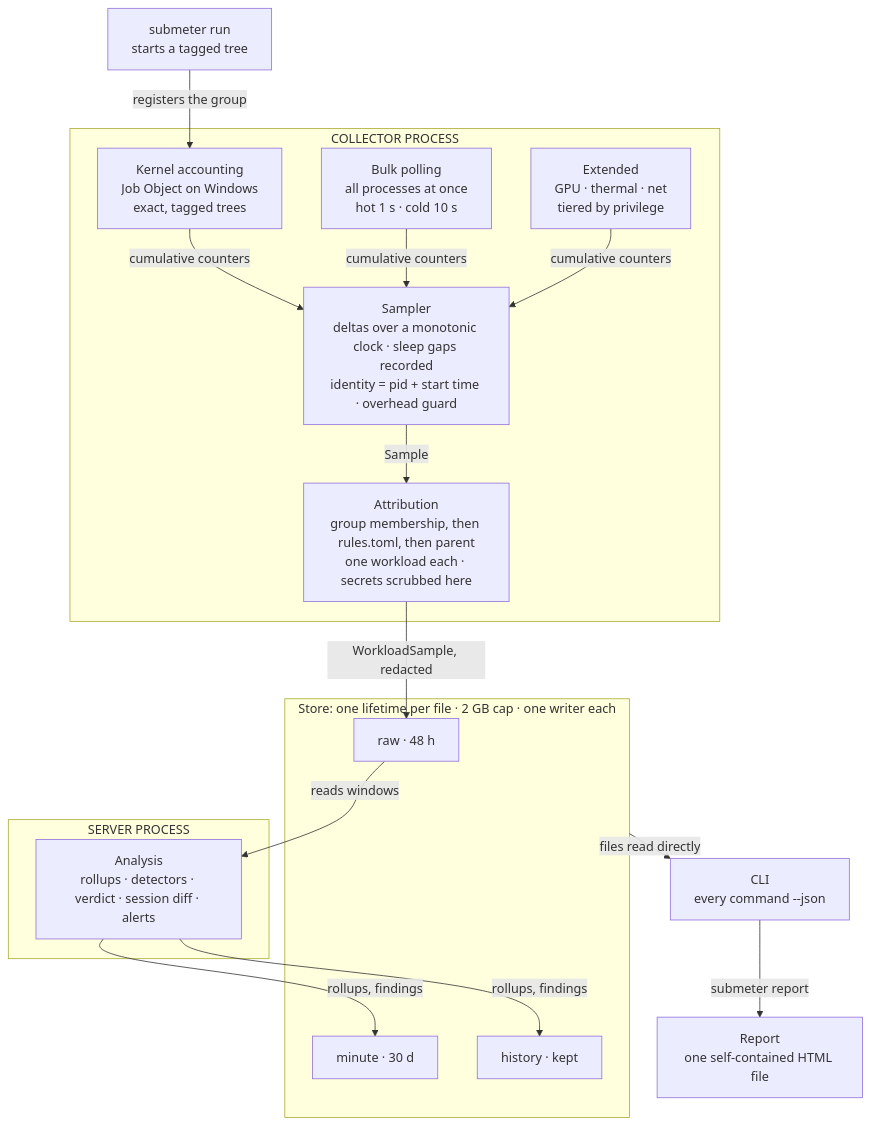
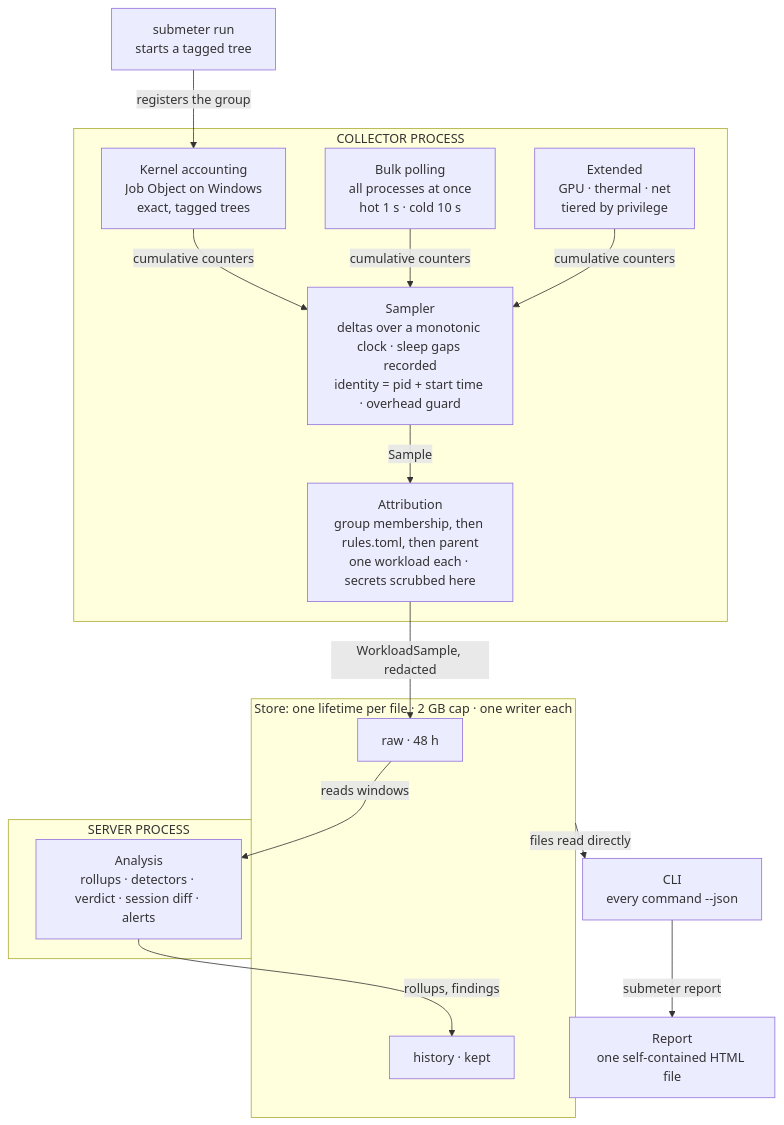
The diagram in docs/05-data-flow.md (therealestmatthew/submeter-pc-monitor), drawn with Mermaid before and after one commit. The commit also changed other lines of this file and 9 other files, not shown here.

````diff
--- a/docs/05-data-flow.md
+++ b/docs/05-data-flow.md
@@ -7,32 +7,30 @@
 ```mermaid
 flowchart TD
     run["submeter run<br/>starts a tagged tree"]
     subgraph collector["COLLECTOR PROCESS"]
         ka["Kernel accounting<br/>Job Object on Windows<br/>exact, tagged trees"]
         bp["Bulk polling<br/>all processes at once<br/>hot 1 s · cold 10 s"]
         ex["Extended<br/>GPU · thermal · net<br/>tiered by privilege"]
         sampler["Sampler<br/>deltas over a monotonic clock · sleep gaps recorded<br/>identity = pid + start time · overhead guard"]
         attribution["Attribution<br/>group membership, then rules.toml, then parent<br/>one workload each · secrets scrubbed here"]
     end
     subgraph store["Store: one lifetime per file · 2 GB cap · one writer each"]
         raw["raw · 48 h"]
-        minute["minute · 30 d"]
         history["history · kept"]
     end
     subgraph server["SERVER PROCESS"]
         analysis["Analysis<br/>rollups · detectors · verdict · session diff · alerts"]
     end
     cli["CLI<br/>every command --json"]
     report["Report<br/>one self-contained HTML file"]
     run -->|registers the group| ka
     ka -->|cumulative counters| sampler
     bp -->|cumulative counters| sampler
     ex -->|cumulative counters| sampler
     sampler -->|Sample| attribution
     attribution -->|WorkloadSample, redacted| raw
     raw -->|reads windows| analysis
-    analysis -->|rollups, findings| minute
     analysis -->|rollups, findings| history
     store -->|files read directly| cli
     cli -->|submeter report| report
 ```
````
